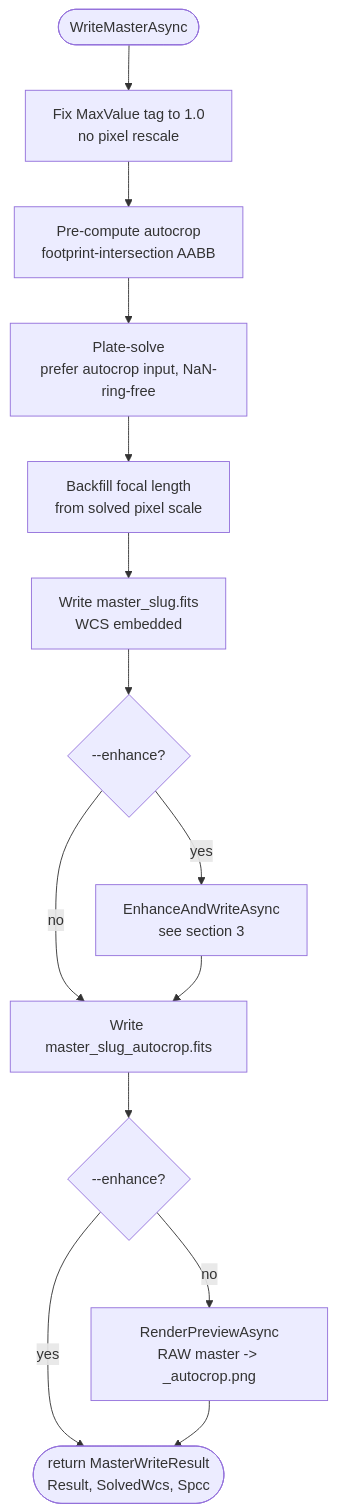
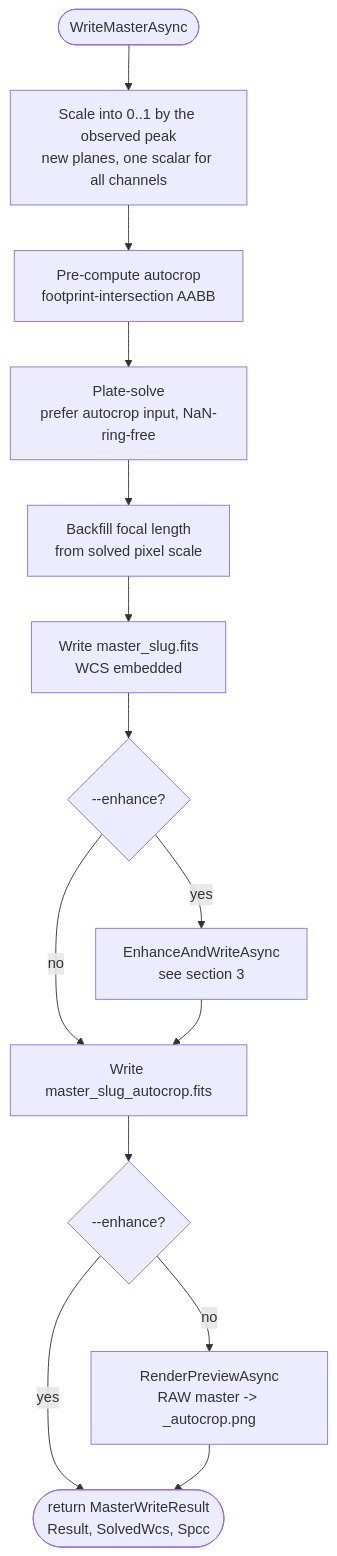
Before and after one commit to SharpAstro/tianwen: the second of 6 diagrams in docs/architecture/stacking-render-pipeline.md, drawn with Mermaid. The commit also changed other lines of this file and 13 other files, not shown here.

````diff
--- a/docs/architecture/stacking-render-pipeline.md
+++ b/docs/architecture/stacking-render-pipeline.md
@@ -147,18 +147,18 @@
 ```mermaid
 flowchart TD
-    In([WriteMasterAsync]) --> Fix[Fix MaxValue tag to 1.0<br/>no pixel rescale]
+    In([WriteMasterAsync]) --> Fix[Scale into 0..1 by the observed peak<br/>new planes, one scalar for all channels]
     Fix --> Crop[Pre-compute autocrop<br/>footprint-intersection AABB]
     Crop --> Solve[Plate-solve<br/>prefer autocrop input, NaN-ring-free]
     Solve --> FL[Backfill focal length<br/>from solved pixel scale]
     FL --> WriteFull[Write master_slug.fits<br/>WCS embedded]
     WriteFull --> Enh{--enhance?}
 
     Enh -->|yes| EnhPath[EnhanceAndWriteAsync<br/>see section 3]
     Enh -->|no| CropFits[Write master_slug_autocrop.fits]
 
     EnhPath --> CropFits
     CropFits --> Prev{--enhance?}
     Prev -->|no| RawPng[RenderPreviewAsync<br/>RAW master -> _autocrop.png]
     Prev -->|yes| Done([return MasterWriteResult<br/>Result, SolvedWcs, Spcc])
     RawPng --> Done
 ```
````
